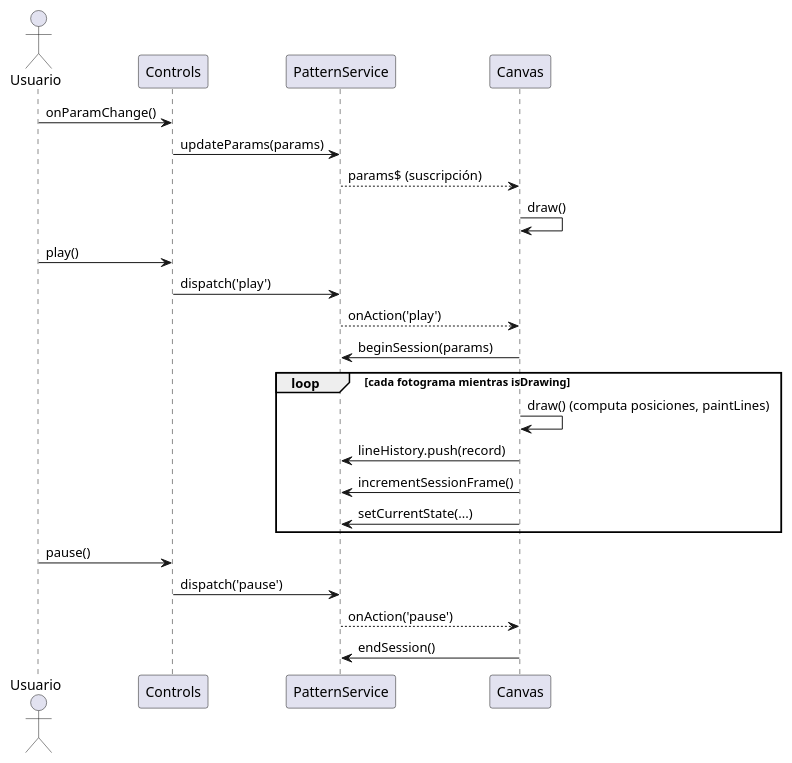
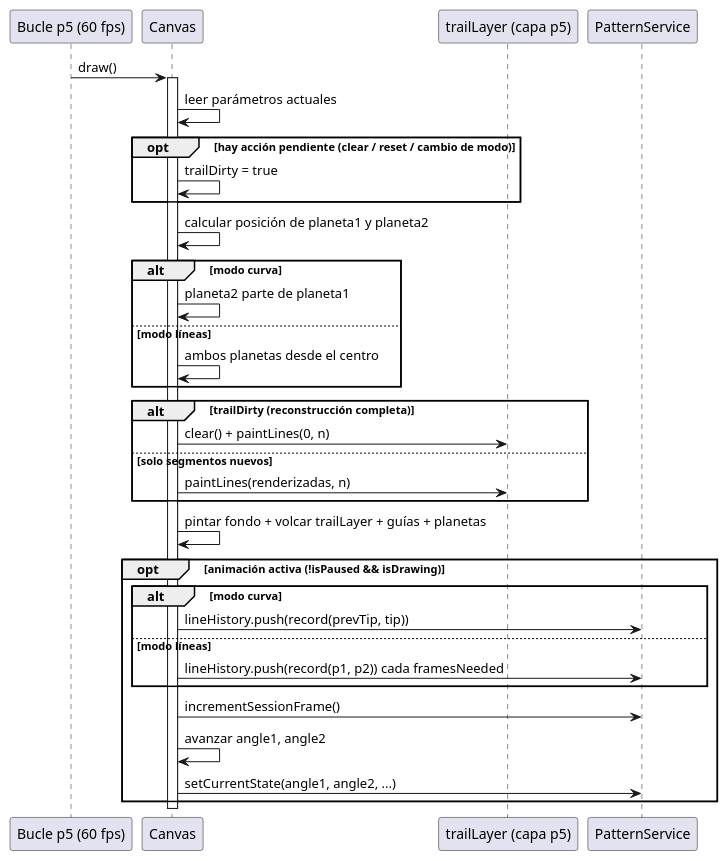
Before and after one commit to IgnacioMol/Epicycloid_generator: the first of 4 diagrams in claude/memoria-cap5-diseno.md, drawn with PlantUML. The commit also changed other lines of this file and 4 other files, not shown here.

````diff
--- a/claude/memoria-cap5-diseno.md
+++ b/claude/memoria-cap5-diseno.md
@@ -97,30 +99,44 @@
 ```plantuml
-@startuml SecGenerarReproducir
-actor Usuario
-participant "Controls" as C
+@startuml SecFuncDraw
+participant "Bucle p5 (60 fps)" as P5
+participant "Canvas" as CV
+participant "trailLayer (capa p5)" as TL
 participant "PatternService" as PS
-participant "Canvas" as CV
 
-Usuario -> C : onParamChange()
-C -> PS : updateParams(params)
-PS --> CV : params$ (suscripción)
-CV -> CV : draw()
+P5 -> CV : draw()
+activate CV
 
-Usuario -> C : play()
-C -> PS : dispatch('play')
-PS --> CV : onAction('play')
-CV -> PS : beginSession(params)
+CV -> CV : leer parámetros actuales
 
-loop cada fotograma mientras isDrawing
-  CV -> CV : draw() (computa posiciones, paintLines)
-  CV -> PS : lineHistory.push(record)
-  CV -> PS : incrementSessionFrame()
-  CV -> PS : setCurrentState(...)
+opt hay acción pendiente (clear / reset / cambio de modo)
+  CV -> CV : trailDirty = true
 end
 
-Usuario -> C : pause()
-C -> PS : dispatch('pause')
-PS --> CV : onAction('pause')
-CV -> PS : endSession()
+CV -> CV : calcular posición de planeta1 y planeta2
+alt modo curva
+  CV -> CV : planeta2 parte de planeta1
+else modo líneas
+  CV -> CV : ambos planetas desde el centro
+end
+
+alt trailDirty (reconstrucción completa)
+  CV -> TL : clear() + paintLines(0, n)
+else solo segmentos nuevos
+  CV -> TL : paintLines(renderizadas, n)
+end
+CV -> CV : pintar fondo + volcar trailLayer + guías + planetas
+
+opt animación activa (!isPaused && isDrawing)
+  alt modo curva
+    CV -> PS : lineHistory.push(record(prevTip, tip))
+  else modo líneas
+    CV -> PS : lineHistory.push(record(p1, p2)) cada framesNeeded
+  end
+  CV -> PS : incrementSessionFrame()
+  CV -> CV : avanzar angle1, angle2
+  CV -> PS : setCurrentState(angle1, angle2, ...)
+end
+
+deactivate CV
 @enduml
 ```
````
